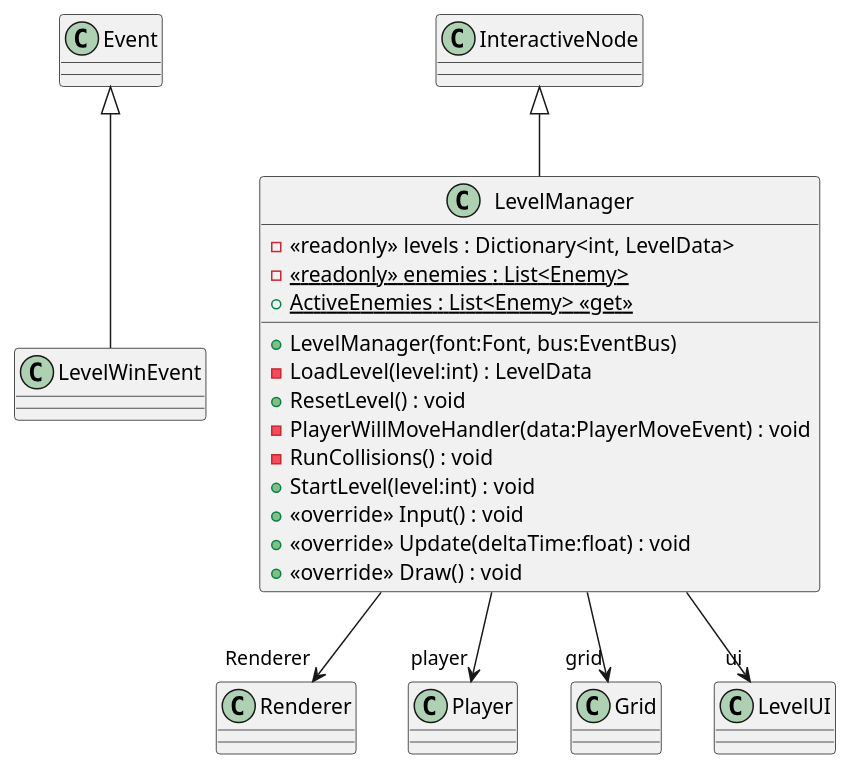
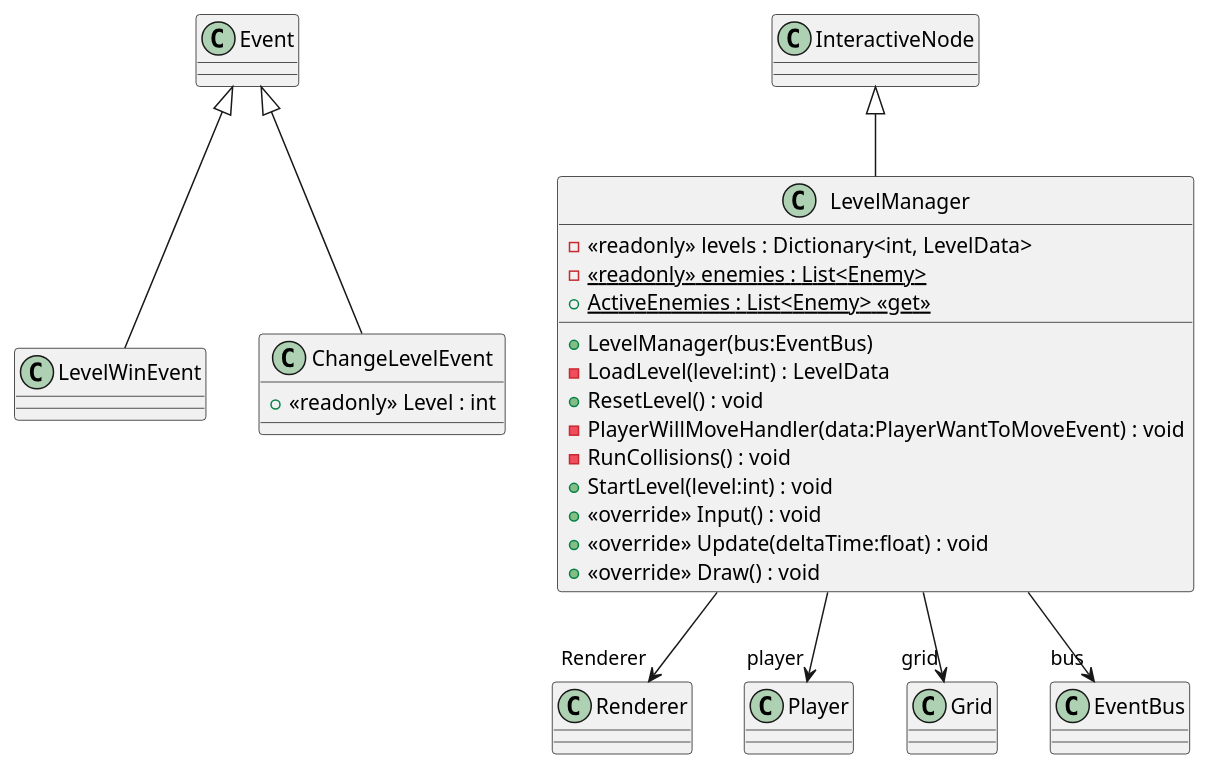
One commit to Reroll-inc/sweeper-rpg changed the diagram in uml/SweeperRpg/Src/LevelManager.puml. Above: the diagram before and after it, drawn with PlantUML. The commit also changed 31 other files, not shown here.

Commit message:
add workflow to publish and update uml

```diff
--- a/uml/SweeperRpg/Src/LevelManager.puml
+++ b/uml/SweeperRpg/Src/LevelManager.puml
@@ -1,22 +1,26 @@
 class LevelWinEvent {
+}
+class ChangeLevelEvent {
+    + <<readonly>> Level : int
 }
 class LevelManager {
     - <<readonly>> levels : Dictionary<int, LevelData>
     - {static} <<readonly>> enemies : List<Enemy>
     + {static} ActiveEnemies : List<Enemy> <<get>>
-    + LevelManager(font:Font, bus:EventBus)
+    + LevelManager(bus:EventBus)
     - LoadLevel(level:int) : LevelData
     + ResetLevel() : void
-    - PlayerWillMoveHandler(data:PlayerMoveEvent) : void
+    - PlayerWillMoveHandler(data:PlayerWantToMoveEvent) : void
     - RunCollisions() : void
     + StartLevel(level:int) : void
     + <<override>> Input() : void
     + <<override>> Update(deltaTime:float) : void
     + <<override>> Draw() : void
 }
 Event <|-- LevelWinEvent
+Event <|-- ChangeLevelEvent
 InteractiveNode <|-- LevelManager
 LevelManager --> "Renderer" Renderer
 LevelManager --> "player" Player
 LevelManager --> "grid" Grid
-LevelManager --> "ui" LevelUI
+LevelManager --> "bus" EventBus
```
